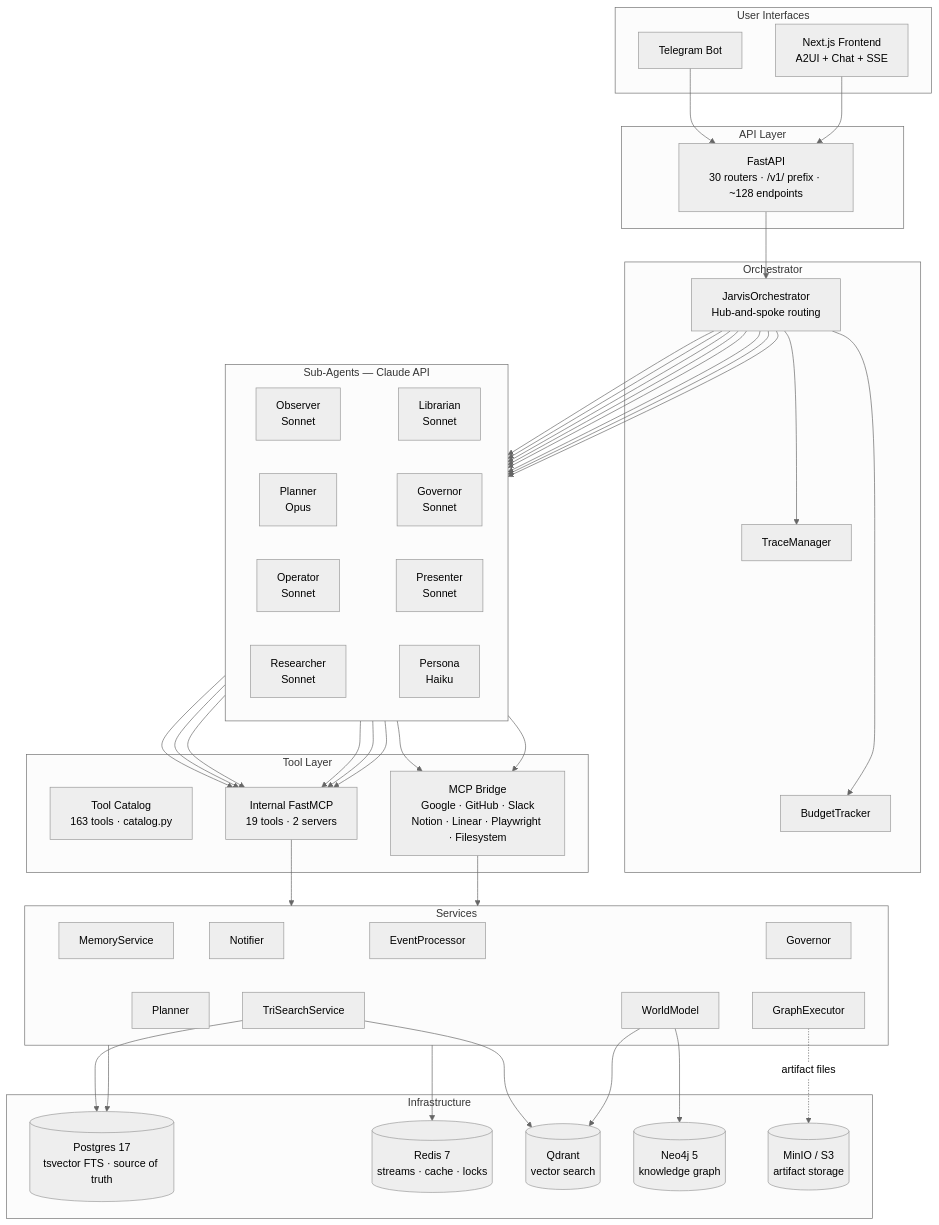
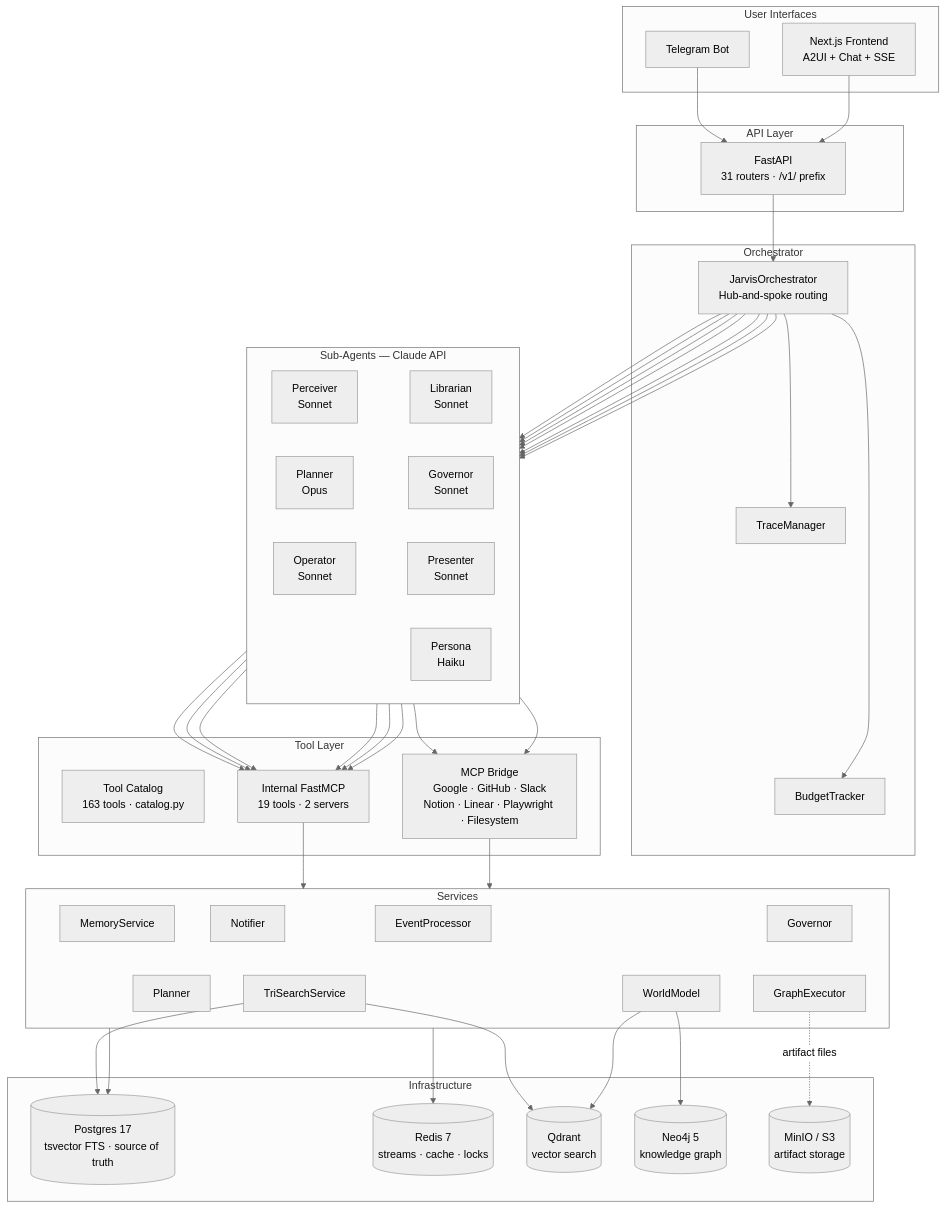
One commit to shivadharmi/muldro changed the diagram in README.md. Above: the diagram before and after it, drawn with Mermaid (neutral theme). The commit also changed other lines of this file and 11 other files, not shown here.

First line of the commit message:
docs: update all architecture docs and README for post-15-spec redesign

````diff
--- a/README.md
+++ b/README.md
@@ -13,58 +13,58 @@
 ```mermaid
 graph TB
     subgraph UI["User Interfaces"]
         TG[Telegram Bot]
         WEB[Next.js Frontend<br/>A2UI + Chat + SSE]
     end
 
     subgraph API["API Layer"]
-        FA[FastAPI<br/>30 routers · /v1/ prefix · ~128 endpoints]
+        FA[FastAPI<br/>31 routers · /v1/ prefix]
     end
 
     subgraph ORCH["Orchestrator"]
         JO[JarvisOrchestrator<br/>Hub-and-spoke routing]
         TR[TraceManager] ~~~ BU[BudgetTracker]
     end
 
     subgraph AGENTS["Sub-Agents — Claude API"]
         direction LR
-        OBS[Observer<br/>Sonnet] ~~~ LIB[Librarian<br/>Sonnet]
+        PCV[Perceiver<br/>Sonnet] ~~~ LIB[Librarian<br/>Sonnet]
         PLN[Planner<br/>Opus] ~~~ GOV[Governor<br/>Sonnet]
         OPR[Operator<br/>Sonnet] ~~~ PRS[Presenter<br/>Sonnet]
-        RES[Researcher<br/>Sonnet] ~~~ PER[Persona<br/>Haiku]
+        PER[Persona<br/>Haiku]
     end
 
     subgraph TOOLS["Tool Layer"]
         CAT[Tool Catalog<br/>163 tools · catalog.py]
         INT[Internal FastMCP<br/>19 tools · 2 servers]
         MCP[MCP Bridge<br/>Google · GitHub · Slack<br/>Notion · Linear · Playwright · Filesystem]
     end
 
     subgraph SVC["Services"]
         EP[EventProcessor] ~~~ WM[WorldModel]
         MS[MemoryService] ~~~ PL[Planner]
         GV[Governor] ~~~ GE[GraphExecutor]
         NT[Notifier] ~~~ TS[TriSearchService]
     end
 
     subgraph INFRA["Infrastructure"]
         PG[(Postgres 17<br/>tsvector FTS · source of truth)]
         RD[(Redis 7<br/>streams · cache · locks)]
         QD[(Qdrant<br/>vector search)]
         N4J[(Neo4j 5<br/>knowledge graph)]
         S3[(MinIO / S3<br/>artifact storage)]
     end
 
     TG & WEB --> FA
     FA --> JO
     JO --> TR & BU
-    JO --> OBS & LIB & PLN & GOV & OPR & PRS & RES & PER
-    OBS & LIB & PLN & GOV & OPR & PRS --> INT
-    OPR & RES --> MCP
+    JO --> PCV & LIB & PLN & GOV & OPR & PRS & PER
+    PCV & LIB & PLN & GOV & OPR & PRS --> INT
+    OPR & PCV --> MCP
     INT --> SVC
     MCP --> SVC
     SVC --> PG & RD
     TS --> QD & PG
     WM --> N4J & QD
     GE -.->|artifact files| S3
 ```
````
